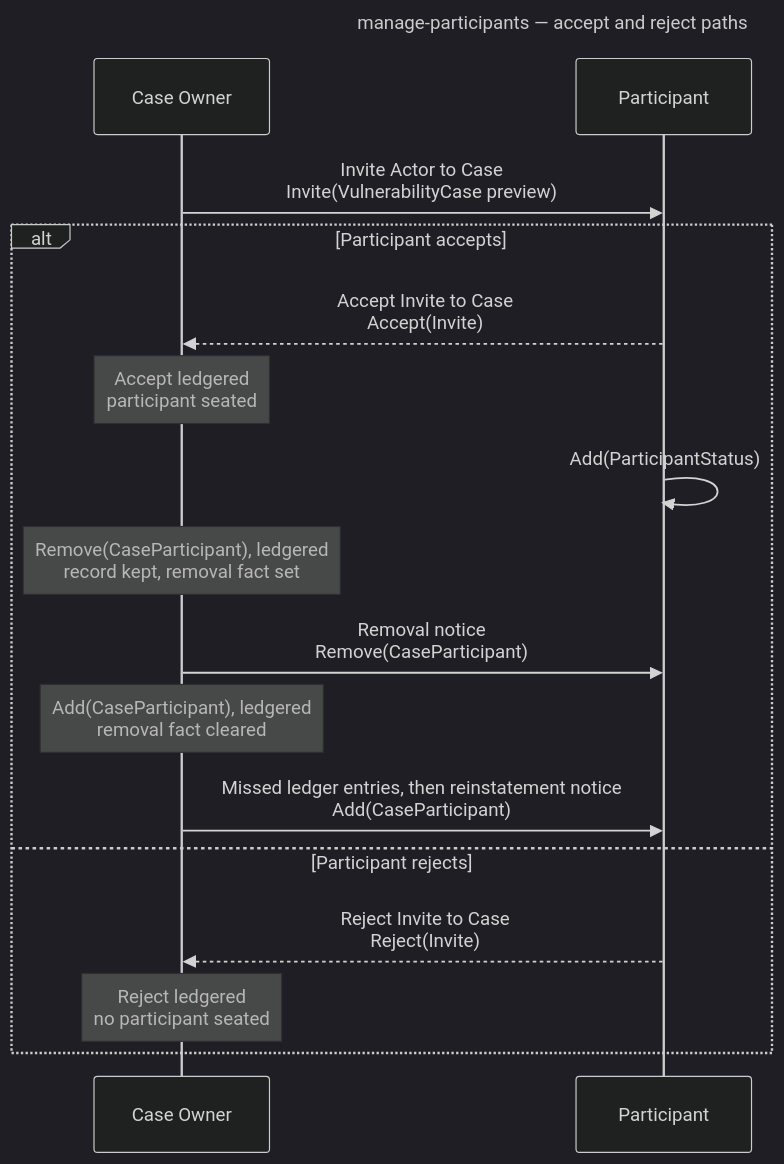
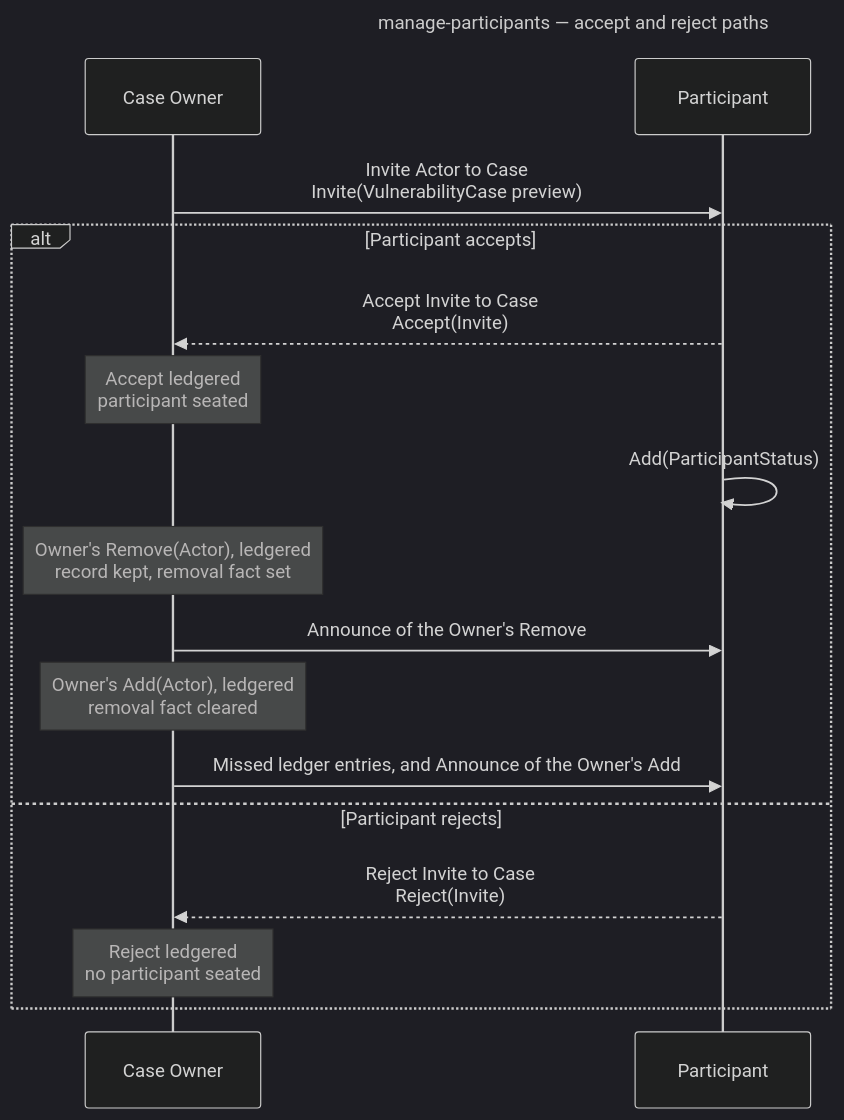
One commit to CERTCC/Vultron changed the third of 9 diagrams in docs/tutorials/other_demos.md. Above: the diagram before and after it, drawn with Mermaid (dark theme). The commit also changed 115 other files, not shown here.

First line of the commit message:
feat(cm): the Case Owner removes or reinstates an actor with its own act, which the CASE_MANAGER admits and announces

````diff
--- a/docs/tutorials/other_demos.md
+++ b/docs/tutorials/other_demos.md
@@ -179,22 +179,22 @@
 ```mermaid
 ---
 title: manage-participants — accept and reject paths
 ---
 sequenceDiagram
     participant O as Case Owner
     participant P as Participant
 
     O->>P: Invite Actor to Case<br/>Invite(VulnerabilityCase preview)
     alt Participant accepts
         P-->>O: Accept Invite to Case<br/>Accept(Invite)
         Note over O: Accept ledgered<br/>participant seated
         P->>P: Add(ParticipantStatus)
-        Note over O: Remove(CaseParticipant), ledgered<br/>record kept, removal fact set
-        O->>P: Removal notice<br/>Remove(CaseParticipant)
-        Note over O: Add(CaseParticipant), ledgered<br/>removal fact cleared
-        O->>P: Missed ledger entries, then reinstatement notice<br/>Add(CaseParticipant)
+        Note over O: Owner's Remove(Actor), ledgered<br/>record kept, removal fact set
+        O->>P: Announce of the Owner's Remove
+        Note over O: Owner's Add(Actor), ledgered<br/>removal fact cleared
+        O->>P: Missed ledger entries, and Announce of the Owner's Add
     else Participant rejects
         P-->>O: Reject Invite to Case<br/>Reject(Invite)
         Note over O: Reject ledgered<br/>no participant seated
     end
 ```
````
